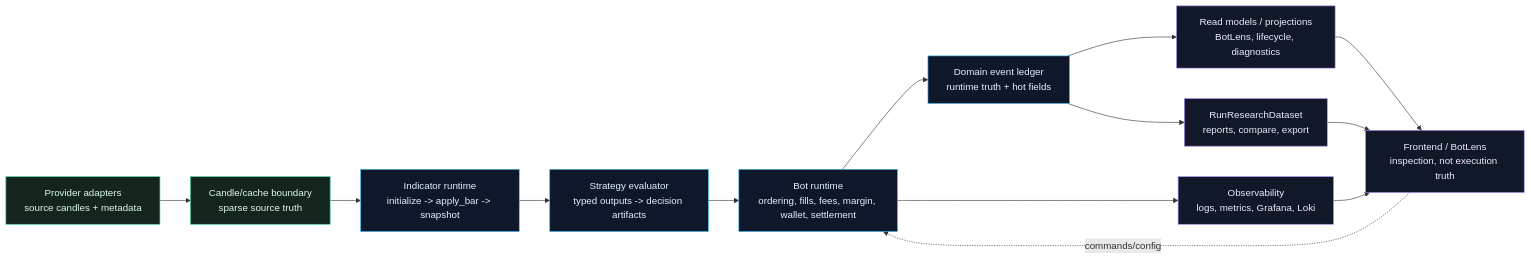
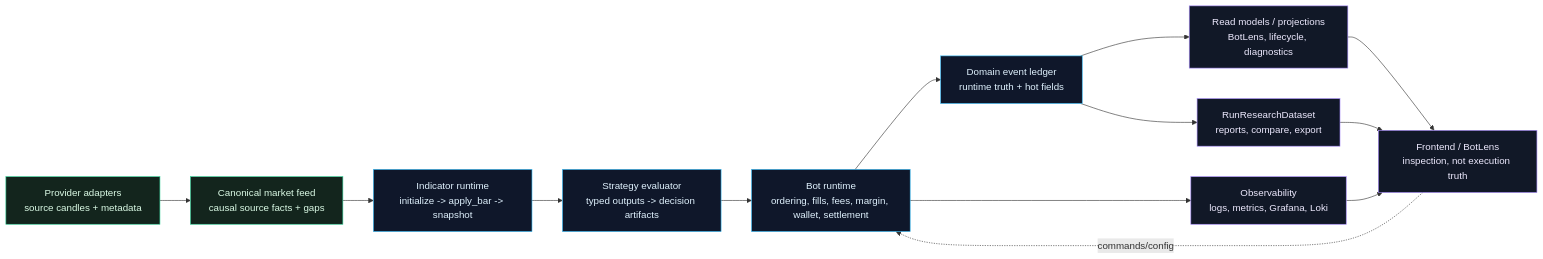
The diagram in docs/architecture/system/diagrams/system-runtime-truth-flow.mmd (elijahbrookss/quant-trad), drawn with Mermaid before and after one commit. The commit also changed 74 other files, not shown here.

Commit message:
feat: establish canonical candle market data feed

```diff
--- a/docs/architecture/system/diagrams/system-runtime-truth-flow.mmd
+++ b/docs/architecture/system/diagrams/system-runtime-truth-flow.mmd
@@ -1,32 +1,32 @@
 flowchart LR
     provider["Provider adapters<br/>source candles + metadata"]
-    cache["Candle/cache boundary<br/>sparse source truth"]
+    store["Canonical market feed<br/>causal source facts + gaps"]
     indicator["Indicator runtime<br/>initialize -> apply_bar -> snapshot"]
     strategy["Strategy evaluator<br/>typed outputs -> decision artifacts"]
     runtime["Bot runtime<br/>ordering, fills, fees, margin, wallet, settlement"]
     events["Domain event ledger<br/>runtime truth + hot fields"]
     projections["Read models / projections<br/>BotLens, lifecycle, diagnostics"]
     reports["RunResearchDataset<br/>reports, compare, export"]
     ui["Frontend / BotLens<br/>inspection, not execution truth"]
     observability["Observability<br/>logs, metrics, Grafana, Loki"]
 
-    provider --> cache
-    cache --> indicator
+    provider --> store
+    store --> indicator
     indicator --> strategy
     strategy --> runtime
     runtime --> events
     runtime --> observability
     events --> projections
     events --> reports
     projections --> ui
     reports --> ui
     observability --> ui
 
     ui -. commands/config .-> runtime
 
     classDef truth fill:#0f172a,stroke:#38bdf8,color:#e0f2fe
     classDef view fill:#111827,stroke:#a78bfa,color:#ede9fe
     classDef source fill:#13251d,stroke:#34d399,color:#dcfce7
-    class provider,cache source
+    class provider,store source
     class indicator,strategy,runtime,events truth
     class projections,reports,ui,observability view
```
